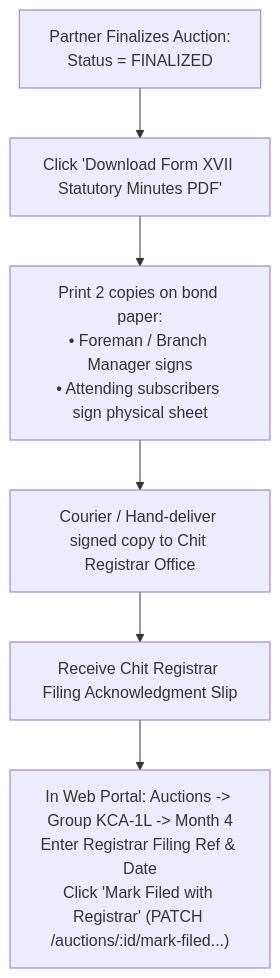
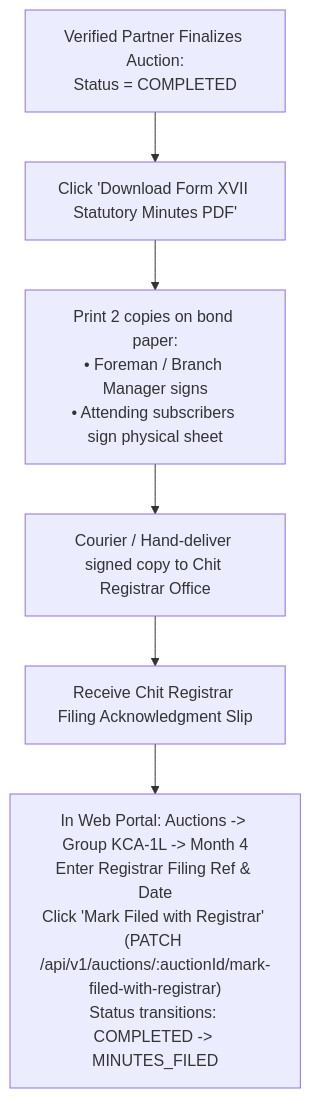
Before and after one commit to Kathir-24/Kumaran-finance: the eighth of 10 diagrams in docs/07-operations/user-manuals/branch-manager-manual.md, drawn with Mermaid. The commit also changed other lines of this file and 4 other files, not shown here.

````diff
--- a/docs/07-operations/user-manuals/branch-manager-manual.md
+++ b/docs/07-operations/user-manuals/branch-manager-manual.md
@@ -203,8 +203,8 @@
 ```mermaid
 flowchart TD
-    Finalized["Partner Finalizes Auction:\nStatus = FINALIZED"] --> PrintMinutes["Click 'Download Form XVII Statutory Minutes PDF'"]
+    Finalized["Verified Partner Finalizes Auction:\nStatus = COMPLETED"] --> PrintMinutes["Click 'Download Form XVII Statutory Minutes PDF'"]
     PrintMinutes --> PhysicalSign["Print 2 copies on bond paper:\n• Foreman / Branch Manager signs\n• Attending subscribers sign physical sheet"]
     PhysicalSign --> Registrar["Courier / Hand-deliver signed copy to Chit Registrar Office"]
     Registrar --> AckSlip["Receive Chit Registrar Filing Acknowledgment Slip"]
-    AckSlip --> MarkFiled["In Web Portal: Auctions -> Group KCA-1L -> Month 4\nEnter Registrar Filing Ref & Date\nClick 'Mark Filed with Registrar' (PATCH /auctions/:id/mark-filed...)"]
+    AckSlip --> MarkFiled["In Web Portal: Auctions -> Group KCA-1L -> Month 4\nEnter Registrar Filing Ref & Date\nClick 'Mark Filed with Registrar' (PATCH /api/v1/auctions/:auctionId/mark-filed-with-registrar)\nStatus transitions: COMPLETED -> MINUTES_FILED"]
 ```
````
